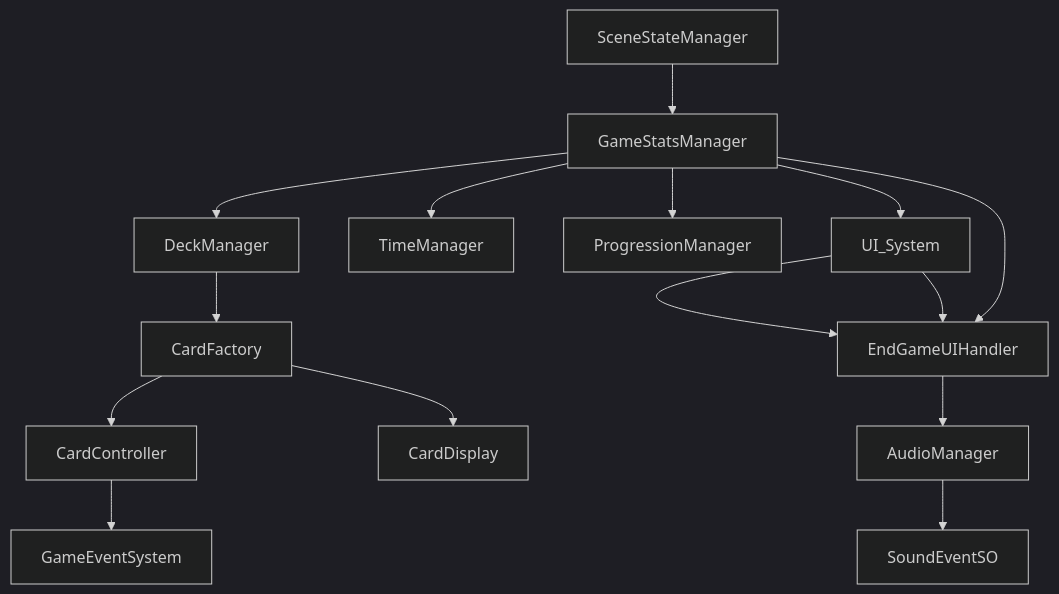
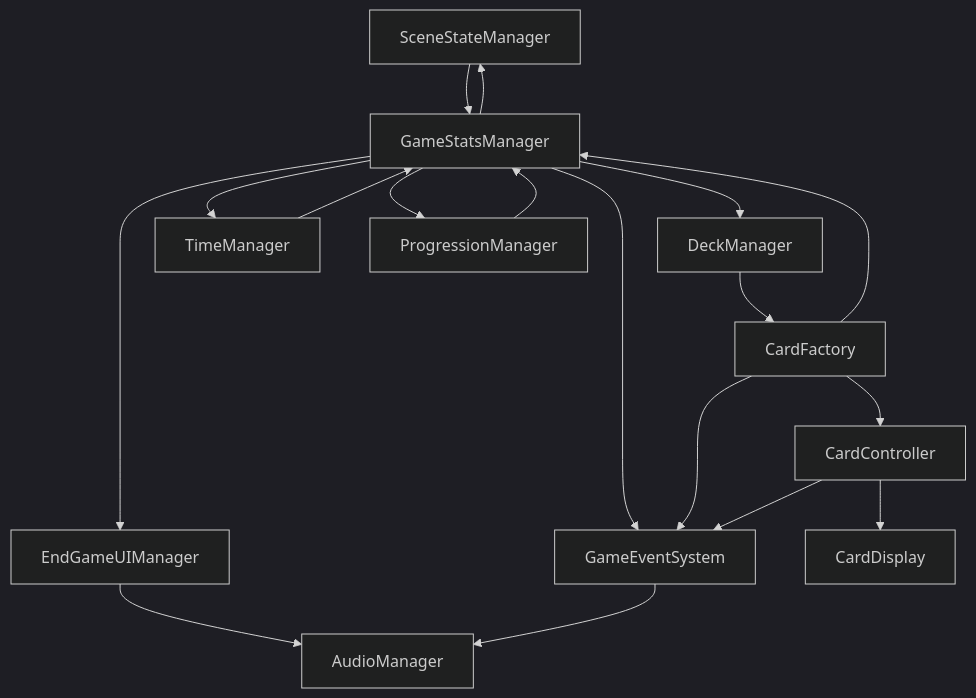
Before and after one commit to Melpermo/big-school-mdai-tfm: the second of 3 diagrams in README.md, drawn with Mermaid (dark theme). The commit also changed other lines of this file, not shown here.

````diff
--- a/README.md
+++ b/README.md
@@ -162,25 +162,26 @@
 ```mermaid
 flowchart TD
 
 SceneStateManager --> GameStatsManager
 GameStatsManager --> DeckManager
-
 GameStatsManager --> TimeManager
 GameStatsManager --> ProgressionManager
-GameStatsManager --> UI_System
+GameStatsManager --> EndGameUIManager
+GameStatsManager --> GameEventSystem
 
-DeckManager --> CardFactory
+GameStatsManager --> SceneStateManager
+
+TimeManager --> GameStatsManager
+ProgressionManager --> GameStatsManager
+
+DeckManager --> CardFactory 
 CardFactory --> CardController
-CardFactory --> CardDisplay
-
+CardFactory --> GameStatsManager
+CardFactory --> GameEventSystem
+CardController --> CardDisplay
 CardController --> GameEventSystem
 
-UI_System --> EndGameUIHandler
-UI_System --> EndGameUIHandler
+EndGameUIManager --> AudioManager
+GameEventSystem --> AudioManager
 
-EndGameUIHandler --> AudioManager
-
-AudioManager --> SoundEventSO
-
-GameStatsManager --> EndGameUIHandler
 ```
````
